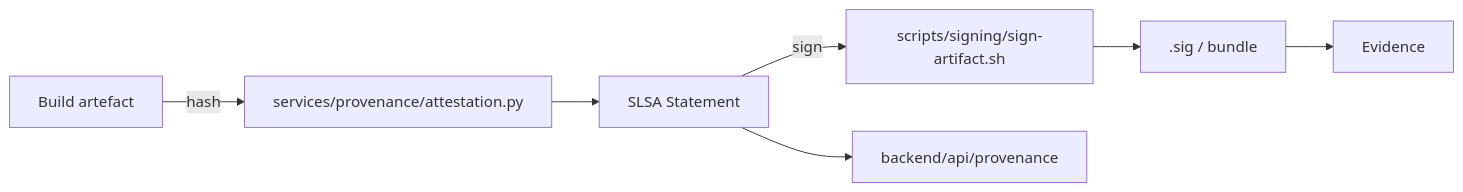
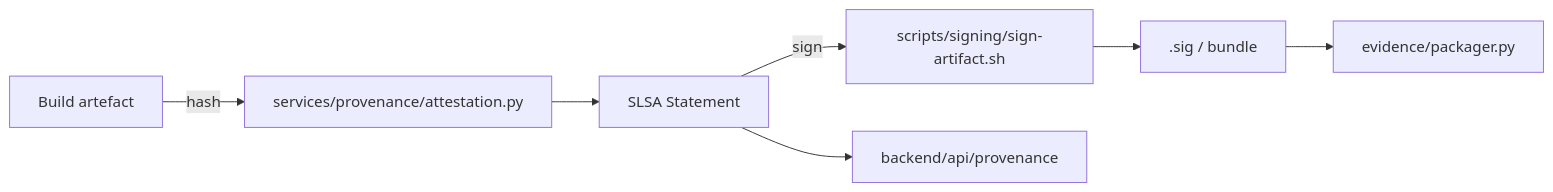
One commit to DevOpsMadDog/Fixops changed the fifth of 11 diagrams in readme_updated.md. Above: the diagram before and after it, drawn with Mermaid. The commit also changed other lines of this file, not shown here.

Commit message:
docs: repair mermaid diagrams

````diff
--- a/readme_updated.md
+++ b/readme_updated.md
@@ -260,9 +260,9 @@
 ```mermaid
 flowchart LR
-    Artifact[Build artefact] -->|hash| Hasher[services/provenance/attestation.py]
-    Hasher --> SLSA[SLSA Statement]
-    SLSA -->|sign| Cosign[scripts/signing/sign-artifact.sh]
-    Cosign --> Bundle[.sig / bundle]
-    SLSA --> APIProv[backend/api/provenance]
-    Bundle --> Evidence
+    Artifact["Build artefact"] -->|hash| Hasher["services/provenance/attestation.py"]
+    Hasher --> SLSA["SLSA Statement"]
+    SLSA -->|sign| Cosign["scripts/signing/sign-artifact.sh"]
+    Cosign --> Bundle[".sig / bundle"]
+    SLSA --> APIProv["backend/api/provenance"]
+    Bundle --> Evidence["evidence/packager.py"]
 ```
````
